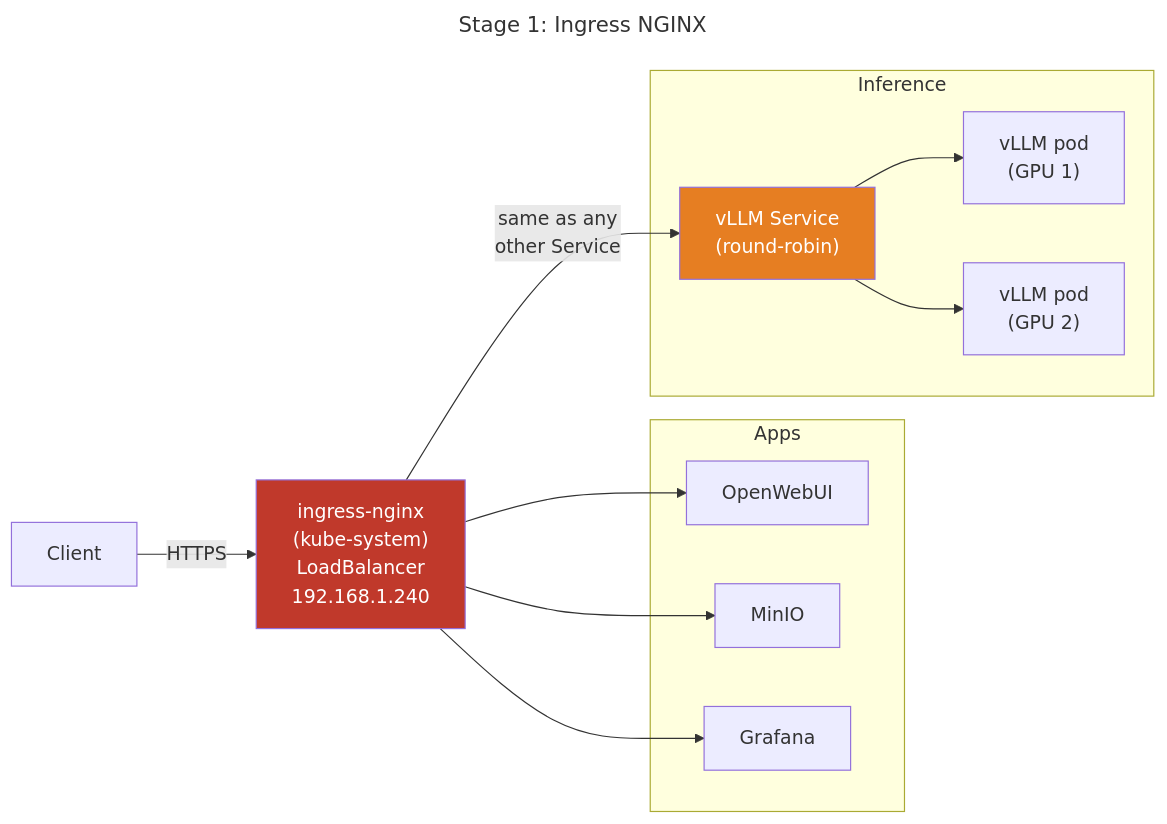
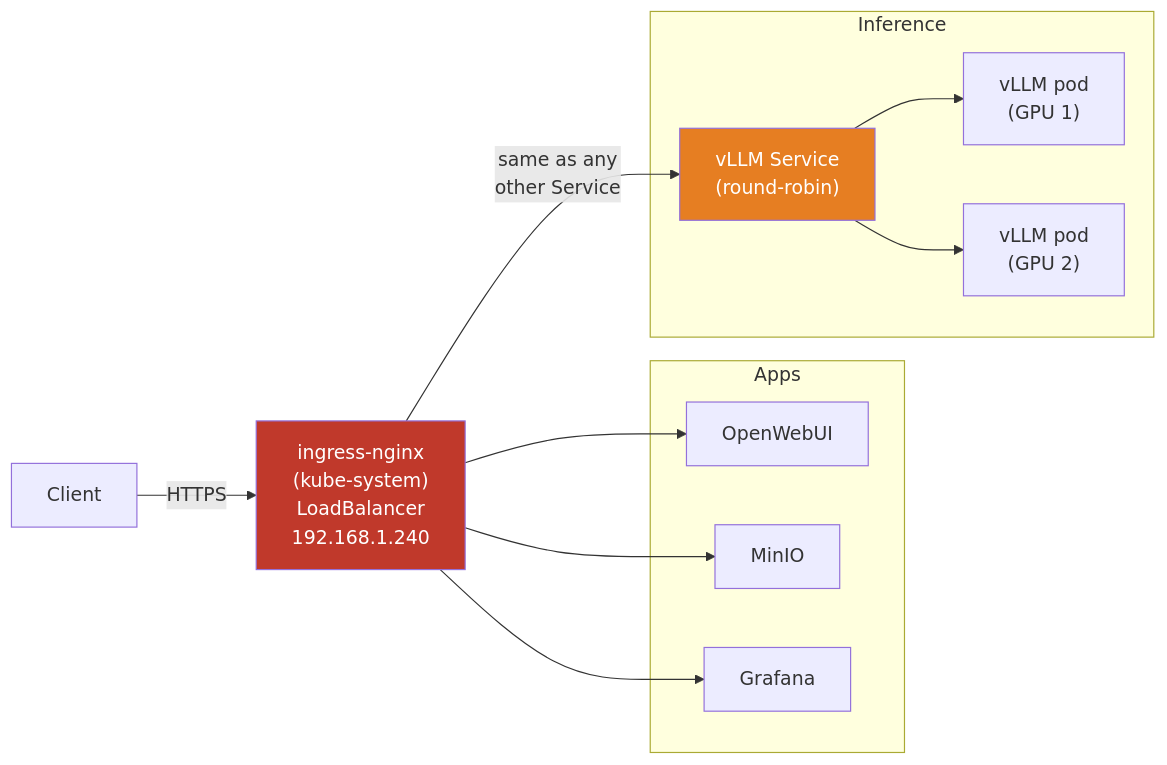
One commit to sonda-red/blog changed the first of 3 diagrams in content/posts/07-intel-homelab-5.md. Above: the diagram before and after it, drawn with Mermaid. The commit also changed other lines of this file, not shown here.

Commit message:
fix: update mermaid diagrams and captions for clarity in blog post on LLM routing and migration

````diff
--- a/content/posts/07-intel-homelab-5.md
+++ b/content/posts/07-intel-homelab-5.md
@@ -45,31 +45,28 @@
-```mermaid
----
-title: "Stage 1: Ingress NGINX"
----
+{{< mermaid >}}
 flowchart LR
     client["Client"]
     ingress["ingress-nginx\n(kube-system)\nLoadBalancer\n192.168.1.240"]
 
     subgraph apps["Apps"]
         owui["OpenWebUI"]
         minio["MinIO"]
         grafana["Grafana"]
     end
 
     subgraph inference["Inference"]
         svc["vLLM Service\n(round-robin)"]
         vllm1["vLLM pod\n(GPU 1)"]
         vllm2["vLLM pod\n(GPU 2)"]
     end
 
     client -->|HTTPS| ingress
     ingress --> owui
     ingress --> minio
     ingress --> grafana
     ingress -->|"same as any\nother Service"| svc
     svc --> vllm1
     svc --> vllm2
 
     style ingress fill:#c0392b,color:#fff
     style svc fill:#e67e22,color:#fff
-```
+{{< /mermaid >}}
````
